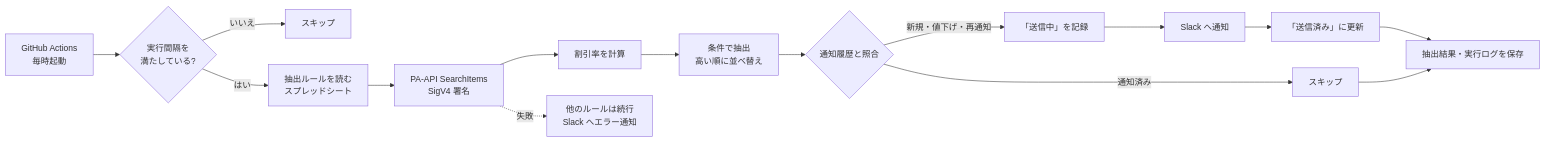
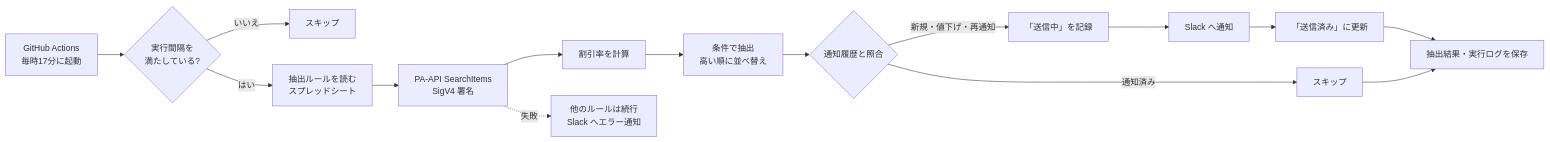
Before and after one commit to yukihiroLaravel/amazon-deal-notifier: the diagram in README.md, drawn with Mermaid. The commit also changed other lines of this file and 6 other files, not shown here.

````diff
--- a/README.md
+++ b/README.md
@@ -39,15 +39,15 @@
 ```mermaid
 flowchart LR
-    A[GitHub Actions<br>毎時起動] --> B{実行間隔を<br>満たしている?}
+    A[GitHub Actions<br>毎時17分に起動] --> B{実行間隔を<br>満たしている?}
     B -- いいえ --> X[スキップ]
     B -- はい --> C[抽出ルールを読む<br>スプレッドシート]
     C --> D[PA-API SearchItems<br>SigV4 署名]
     D --> E[割引率を計算]
     E --> F[条件で抽出<br>高い順に並べ替え]
     F --> G{通知履歴と照合}
     G -- 新規・値下げ・再通知 --> H[「送信中」を記録] --> I[Slack へ通知] --> J[「送信済み」に更新]
     G -- 通知済み --> K[スキップ]
     J --> L[抽出結果・実行ログを保存]
     K --> L
     D -. 失敗 .-> M[他のルールは続行<br>Slack へエラー通知]
 ```
````
